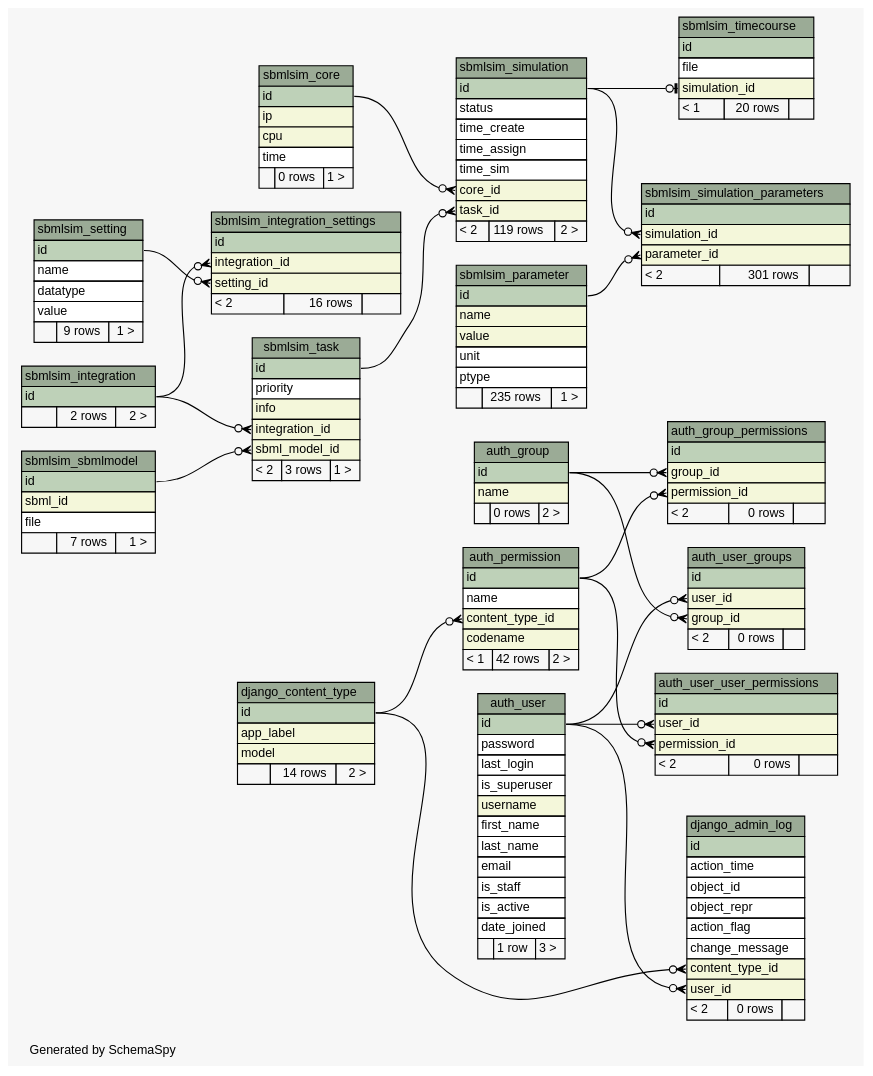
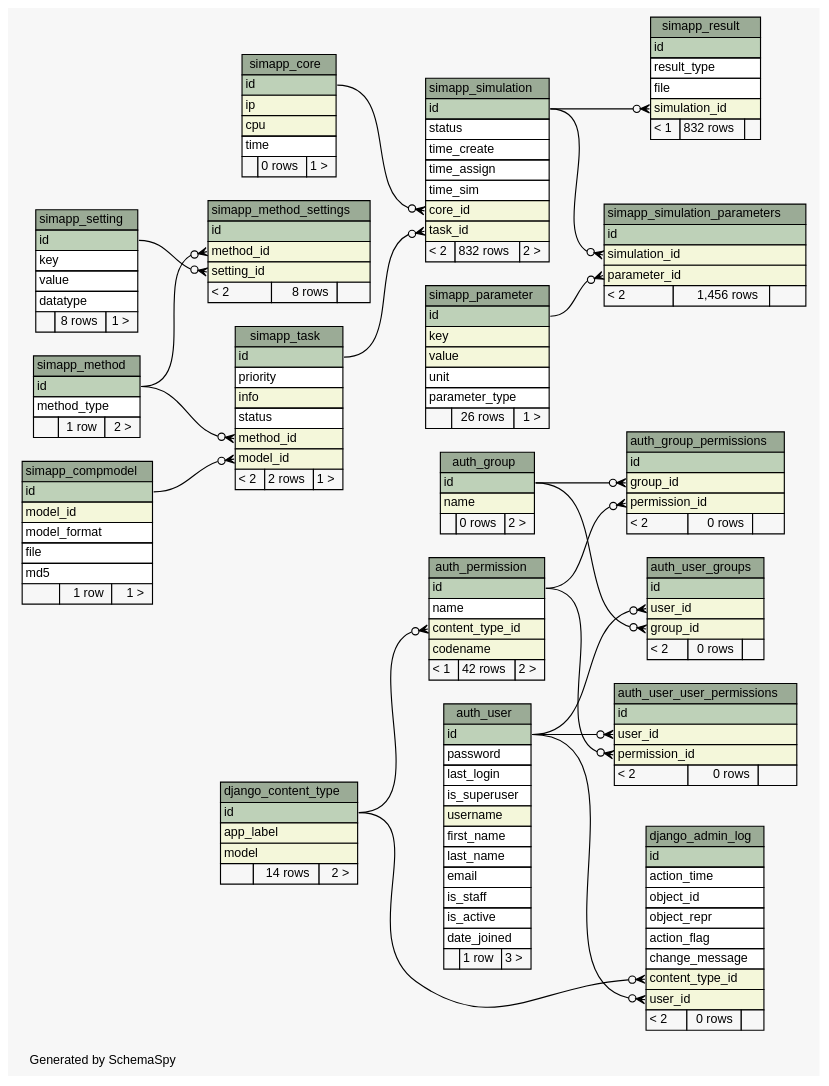
The diagram in database/schema/diagrams/summary/relationships.real.large.dot (jingyayeah/multiscale-galactose), drawn with Graphviz before and after one commit. The commit also changed 64 other files, not shown here.

Commit message:
Database schema updated

```diff
--- a/database/schema/diagrams/summary/relationships.real.large.dot
+++ b/database/schema/diagrams/summary/relationships.real.large.dot
@@ -128,84 +128,100 @@
     URL="tables/django_content_type.html"
     tooltip="django_content_type"
   ];
-  "sbmlsim_core" [
+  "simapp_compmodel" [
     label=<
     <TABLE BORDER="0" CELLBORDER="1" CELLSPACING="0" BGCOLOR="#ffffff">
-      <TR><TD COLSPAN="3" BGCOLOR="#9bab96" ALIGN="CENTER">sbmlsim_core</TD></TR>
+      <TR><TD COLSPAN="3" BGCOLOR="#9bab96" ALIGN="CENTER">simapp_compmodel</TD></TR>
+      <TR><TD PORT="id" COLSPAN="3" BGCOLOR="#bed1b8" ALIGN="LEFT">id</TD></TR>
+      <TR><TD PORT="model_id" COLSPAN="3" BGCOLOR="#f4f7da" ALIGN="LEFT">model_id</TD></TR>
+      <TR><TD PORT="model_format" COLSPAN="3" ALIGN="LEFT">model_format</TD></TR>
+      <TR><TD PORT="file" COLSPAN="3" ALIGN="LEFT">file</TD></TR>
+      <TR><TD PORT="md5" COLSPAN="3" ALIGN="LEFT">md5</TD></TR>
+      <TR><TD ALIGN="LEFT" BGCOLOR="#f7f7f7">  </TD><TD ALIGN="RIGHT" BGCOLOR="#f7f7f7">1 row</TD><TD ALIGN="RIGHT" BGCOLOR="#f7f7f7">1 &gt;</TD></TR>
+    </TABLE>>
+    URL="tables/simapp_compmodel.html"
+    tooltip="simapp_compmodel"
+  ];
+  "simapp_core" [
+    label=<
+    <TABLE BORDER="0" CELLBORDER="1" CELLSPACING="0" BGCOLOR="#ffffff">
+      <TR><TD COLSPAN="3" BGCOLOR="#9bab96" ALIGN="CENTER">simapp_core</TD></TR>
       <TR><TD PORT="id" COLSPAN="3" BGCOLOR="#bed1b8" ALIGN="LEFT">id</TD></TR>
       <TR><TD PORT="ip" COLSPAN="3" BGCOLOR="#f4f7da" ALIGN="LEFT">ip</TD></TR>
       <TR><TD PORT="cpu" COLSPAN="3" BGCOLOR="#f4f7da" ALIGN="LEFT">cpu</TD></TR>
       <TR><TD PORT="time" COLSPAN="3" ALIGN="LEFT">time</TD></TR>
       <TR><TD ALIGN="LEFT" BGCOLOR="#f7f7f7">  </TD><TD ALIGN="RIGHT" BGCOLOR="#f7f7f7">0 rows</TD><TD ALIGN="RIGHT" BGCOLOR="#f7f7f7">1 &gt;</TD></TR>
     </TABLE>>
-    URL="tables/sbmlsim_core.html"
-    tooltip="sbmlsim_core"
+    URL="tables/simapp_core.html"
+    tooltip="simapp_core"
   ];
-  "sbmlsim_integration" [
+  "simapp_method" [
     label=<
     <TABLE BORDER="0" CELLBORDER="1" CELLSPACING="0" BGCOLOR="#ffffff">
-      <TR><TD COLSPAN="3" BGCOLOR="#9bab96" ALIGN="CENTER">sbmlsim_integration</TD></TR>
+      <TR><TD COLSPAN="3" BGCOLOR="#9bab96" ALIGN="CENTER">simapp_method</TD></TR>
       <TR><TD PORT="id" COLSPAN="3" BGCOLOR="#bed1b8" ALIGN="LEFT">id</TD></TR>
-      <TR><TD ALIGN="LEFT" BGCOLOR="#f7f7f7">  </TD><TD ALIGN="RIGHT" BGCOLOR="#f7f7f7">2 rows</TD><TD ALIGN="RIGHT" BGCOLOR="#f7f7f7">2 &gt;</TD></TR>
+      <TR><TD PORT="method_type" COLSPAN="3" ALIGN="LEFT">method_type</TD></TR>
+      <TR><TD ALIGN="LEFT" BGCOLOR="#f7f7f7">  </TD><TD ALIGN="RIGHT" BGCOLOR="#f7f7f7">1 row</TD><TD ALIGN="RIGHT" BGCOLOR="#f7f7f7">2 &gt;</TD></TR>
     </TABLE>>
-    URL="tables/sbmlsim_integration.html"
-    tooltip="sbmlsim_integration"
+    URL="tables/simapp_method.html"
+    tooltip="simapp_method"
   ];
-  "sbmlsim_integration_settings" [
+  "simapp_method_settings" [
     label=<
     <TABLE BORDER="0" CELLBORDER="1" CELLSPACING="0" BGCOLOR="#ffffff">
-      <TR><TD COLSPAN="3" BGCOLOR="#9bab96" ALIGN="CENTER">sbmlsim_integration_settings</TD></TR>
+      <TR><TD COLSPAN="3" BGCOLOR="#9bab96" ALIGN="CENTER">simapp_method_settings</TD></TR>
       <TR><TD PORT="id" COLSPAN="3" BGCOLOR="#bed1b8" ALIGN="LEFT">id</TD></TR>
-      <TR><TD PORT="integration_id" COLSPAN="3" BGCOLOR="#f4f7da" ALIGN="LEFT">integration_id</TD></TR>
+      <TR><TD PORT="method_id" COLSPAN="3" BGCOLOR="#f4f7da" ALIGN="LEFT">method_id</TD></TR>
       <TR><TD PORT="setting_id" COLSPAN="3" BGCOLOR="#f4f7da" ALIGN="LEFT">setting_id</TD></TR>
-      <TR><TD ALIGN="LEFT" BGCOLOR="#f7f7f7">&lt; 2</TD><TD ALIGN="RIGHT" BGCOLOR="#f7f7f7">16 rows</TD><TD ALIGN="RIGHT" BGCOLOR="#f7f7f7">  </TD></TR>
+      <TR><TD ALIGN="LEFT" BGCOLOR="#f7f7f7">&lt; 2</TD><TD ALIGN="RIGHT" BGCOLOR="#f7f7f7">8 rows</TD><TD ALIGN="RIGHT" BGCOLOR="#f7f7f7">  </TD></TR>
     </TABLE>>
-    URL="tables/sbmlsim_integration_settings.html"
-    tooltip="sbmlsim_integration_settings"
+    URL="tables/simapp_method_settings.html"
+    tooltip="simapp_method_settings"
   ];
-  "sbmlsim_parameter" [
+  "simapp_parameter" [
     label=<
     <TABLE BORDER="0" CELLBORDER="1" CELLSPACING="0" BGCOLOR="#ffffff">
-      <TR><TD COLSPAN="3" BGCOLOR="#9bab96" ALIGN="CENTER">sbmlsim_parameter</TD></TR>
+      <TR><TD COLSPAN="3" BGCOLOR="#9bab96" ALIGN="CENTER">simapp_parameter</TD></TR>
       <TR><TD PORT="id" COLSPAN="3" BGCOLOR="#bed1b8" ALIGN="LEFT">id</TD></TR>
-      <TR><TD PORT="name" COLSPAN="3" BGCOLOR="#f4f7da" ALIGN="LEFT">name</TD></TR>
+      <TR><TD PORT="key" COLSPAN="3" BGCOLOR="#f4f7da" ALIGN="LEFT">key</TD></TR>
       <TR><TD PORT="value" COLSPAN="3" BGCOLOR="#f4f7da" ALIGN="LEFT">value</TD></TR>
       <TR><TD PORT="unit" COLSPAN="3" ALIGN="LEFT">unit</TD></TR>
-      <TR><TD PORT="ptype" COLSPAN="3" ALIGN="LEFT">ptype</TD></TR>
-      <TR><TD ALIGN="LEFT" BGCOLOR="#f7f7f7">  </TD><TD ALIGN="RIGHT" BGCOLOR="#f7f7f7">235 rows</TD><TD ALIGN="RIGHT" BGCOLOR="#f7f7f7">1 &gt;</TD></TR>
+      <TR><TD PORT="parameter_type" COLSPAN="3" ALIGN="LEFT">parameter_type</TD></TR>
+      <TR><TD ALIGN="LEFT" BGCOLOR="#f7f7f7">  </TD><TD ALIGN="RIGHT" BGCOLOR="#f7f7f7">26 rows</TD><TD ALIGN="RIGHT" BGCOLOR="#f7f7f7">1 &gt;</TD></TR>
     </TABLE>>
-    URL="tables/sbmlsim_parameter.html"
-    tooltip="sbmlsim_parameter"
+    URL="tables/simapp_parameter.html"
+    tooltip="simapp_parameter"
   ];
-  "sbmlsim_sbmlmodel" [
+  "simapp_result" [
     label=<
     <TABLE BORDER="0" CELLBORDER="1" CELLSPACING="0" BGCOLOR="#ffffff">
-      <TR><TD COLSPAN="3" BGCOLOR="#9bab96" ALIGN="CENTER">sbmlsim_sbmlmodel</TD></TR>
+      <TR><TD COLSPAN="3" BGCOLOR="#9bab96" ALIGN="CENTER">simapp_result</TD></TR>
       <TR><TD PORT="id" COLSPAN="3" BGCOLOR="#bed1b8" ALIGN="LEFT">id</TD></TR>
-      <TR><TD PORT="sbml_id" COLSPAN="3" BGCOLOR="#f4f7da" ALIGN="LEFT">sbml_id</TD></TR>
+      <TR><TD PORT="result_type" COLSPAN="3" ALIGN="LEFT">result_type</TD></TR>
       <TR><TD PORT="file" COLSPAN="3" ALIGN="LEFT">file</TD></TR>
-      <TR><TD ALIGN="LEFT" BGCOLOR="#f7f7f7">  </TD><TD ALIGN="RIGHT" BGCOLOR="#f7f7f7">7 rows</TD><TD ALIGN="RIGHT" BGCOLOR="#f7f7f7">1 &gt;</TD></TR>
+      <TR><TD PORT="simulation_id" COLSPAN="3" BGCOLOR="#f4f7da" ALIGN="LEFT">simulation_id</TD></TR>
+      <TR><TD ALIGN="LEFT" BGCOLOR="#f7f7f7">&lt; 1</TD><TD ALIGN="RIGHT" BGCOLOR="#f7f7f7">832 rows</TD><TD ALIGN="RIGHT" BGCOLOR="#f7f7f7">  </TD></TR>
     </TABLE>>
-    URL="tables/sbmlsim_sbmlmodel.html"
-    tooltip="sbmlsim_sbmlmodel"
+    URL="tables/simapp_result.html"
+    tooltip="simapp_result"
   ];
-  "sbmlsim_setting" [
+  "simapp_setting" [
     label=<
     <TABLE BORDER="0" CELLBORDER="1" CELLSPACING="0" BGCOLOR="#ffffff">
-      <TR><TD COLSPAN="3" BGCOLOR="#9bab96" ALIGN="CENTER">sbmlsim_setting</TD></TR>
+      <TR><TD COLSPAN="3" BGCOLOR="#9bab96" ALIGN="CENTER">simapp_setting</TD></TR>
       <TR><TD PORT="id" COLSPAN="3" BGCOLOR="#bed1b8" ALIGN="LEFT">id</TD></TR>
-      <TR><TD PORT="name" COLSPAN="3" ALIGN="LEFT">name</TD></TR>
+      <TR><TD PORT="key" COLSPAN="3" ALIGN="LEFT">key</TD></TR>
+      <TR><TD PORT="value" COLSPAN="3" ALIGN="LEFT">value</TD></TR>
       <TR><TD PORT="datatype" COLSPAN="3" ALIGN="LEFT">datatype</TD></TR>
-      <TR><TD PORT="value" COLSPAN="3" ALIGN="LEFT">value</TD></TR>
-      <TR><TD ALIGN="LEFT" BGCOLOR="#f7f7f7">  </TD><TD ALIGN="RIGHT" BGCOLOR="#f7f7f7">9 rows</TD><TD ALIGN="RIGHT" BGCOLOR="#f7f7f7">1 &gt;</TD></TR>
+      <TR><TD ALIGN="LEFT" BGCOLOR="#f7f7f7">  </TD><TD ALIGN="RIGHT" BGCOLOR="#f7f7f7">8 rows</TD><TD ALIGN="RIGHT" BGCOLOR="#f7f7f7">1 &gt;</TD></TR>
     </TABLE>>
-    URL="tables/sbmlsim_setting.html"
-    tooltip="sbmlsim_setting"
+    URL="tables/simapp_setting.html"
+    tooltip="simapp_setting"
   ];
-  "sbmlsim_simulation" [
+  "simapp_simulation" [
     label=<
     <TABLE BORDER="0" CELLBORDER="1" CELLSPACING="0" BGCOLOR="#ffffff">
-      <TR><TD COLSPAN="3" BGCOLOR="#9bab96" ALIGN="CENTER">sbmlsim_simulation</TD></TR>
+      <TR><TD COLSPAN="3" BGCOLOR="#9bab96" ALIGN="CENTER">simapp_simulation</TD></TR>
       <TR><TD PORT="id" COLSPAN="3" BGCOLOR="#bed1b8" ALIGN="LEFT">id</TD></TR>
       <TR><TD PORT="status" COLSPAN="3" ALIGN="LEFT">status</TD></TR>
       <TR><TD PORT="time_create" COLSPAN="3" ALIGN="LEFT">time_create</TD></TR>
@@ -213,48 +229,37 @@
       <TR><TD PORT="time_sim" COLSPAN="3" ALIGN="LEFT">time_sim</TD></TR>
       <TR><TD PORT="core_id" COLSPAN="3" BGCOLOR="#f4f7da" ALIGN="LEFT">core_id</TD></TR>
       <TR><TD PORT="task_id" COLSPAN="3" BGCOLOR="#f4f7da" ALIGN="LEFT">task_id</TD></TR>
-      <TR><TD ALIGN="LEFT" BGCOLOR="#f7f7f7">&lt; 2</TD><TD ALIGN="RIGHT" BGCOLOR="#f7f7f7">119 rows</TD><TD ALIGN="RIGHT" BGCOLOR="#f7f7f7">2 &gt;</TD></TR>
+      <TR><TD ALIGN="LEFT" BGCOLOR="#f7f7f7">&lt; 2</TD><TD ALIGN="RIGHT" BGCOLOR="#f7f7f7">832 rows</TD><TD ALIGN="RIGHT" BGCOLOR="#f7f7f7">2 &gt;</TD></TR>
     </TABLE>>
-    URL="tables/sbmlsim_simulation.html"
-    tooltip="sbmlsim_simulation"
+    URL="tables/simapp_simulation.html"
+    tooltip="simapp_simulation"
   ];
-  "sbmlsim_simulation_parameters" [
+  "simapp_simulation_parameters" [
     label=<
     <TABLE BORDER="0" CELLBORDER="1" CELLSPACING="0" BGCOLOR="#ffffff">
-      <TR><TD COLSPAN="3" BGCOLOR="#9bab96" ALIGN="CENTER">sbmlsim_simulation_parameters</TD></TR>
+      <TR><TD COLSPAN="3" BGCOLOR="#9bab96" ALIGN="CENTER">simapp_simulation_parameters</TD></TR>
       <TR><TD PORT="id" COLSPAN="3" BGCOLOR="#bed1b8" ALIGN="LEFT">id</TD></TR>
       <TR><TD PORT="simulation_id" COLSPAN="3" BGCOLOR="#f4f7da" ALIGN="LEFT">simulation_id</TD></TR>
       <TR><TD PORT="parameter_id" COLSPAN="3" BGCOLOR="#f4f7da" ALIGN="LEFT">parameter_id</TD></TR>
-      <TR><TD ALIGN="LEFT" BGCOLOR="#f7f7f7">&lt; 2</TD><TD ALIGN="RIGHT" BGCOLOR="#f7f7f7">301 rows</TD><TD ALIGN="RIGHT" BGCOLOR="#f7f7f7">  </TD></TR>
+      <TR><TD ALIGN="LEFT" BGCOLOR="#f7f7f7">&lt; 2</TD><TD ALIGN="RIGHT" BGCOLOR="#f7f7f7">1,456 rows</TD><TD ALIGN="RIGHT" BGCOLOR="#f7f7f7">  </TD></TR>
     </TABLE>>
-    URL="tables/sbmlsim_simulation_parameters.html"
-    tooltip="sbmlsim_simulation_parameters"
+    URL="tables/simapp_simulation_parameters.html"
+    tooltip="simapp_simulation_parameters"
   ];
-  "sbmlsim_task" [
+  "simapp_task" [
     label=<
     <TABLE BORDER="0" CELLBORDER="1" CELLSPACING="0" BGCOLOR="#ffffff">
-      <TR><TD COLSPAN="3" BGCOLOR="#9bab96" ALIGN="CENTER">sbmlsim_task</TD></TR>
+      <TR><TD COLSPAN="3" BGCOLOR="#9bab96" ALIGN="CENTER">simapp_task</TD></TR>
       <TR><TD PORT="id" COLSPAN="3" BGCOLOR="#bed1b8" ALIGN="LEFT">id</TD></TR>
       <TR><TD PORT="priority" COLSPAN="3" ALIGN="LEFT">priority</TD></TR>
       <TR><TD PORT="info" COLSPAN="3" BGCOLOR="#f4f7da" ALIGN="LEFT">info</TD></TR>
-      <TR><TD PORT="integration_id" COLSPAN="3" BGCOLOR="#f4f7da" ALIGN="LEFT">integration_id</TD></TR>
-      <TR><TD PORT="sbml_model_id" COLSPAN="3" BGCOLOR="#f4f7da" ALIGN="LEFT">sbml_model_id</TD></TR>
-      <TR><TD ALIGN="LEFT" BGCOLOR="#f7f7f7">&lt; 2</TD><TD ALIGN="RIGHT" BGCOLOR="#f7f7f7">3 rows</TD><TD ALIGN="RIGHT" BGCOLOR="#f7f7f7">1 &gt;</TD></TR>
+      <TR><TD PORT="status" COLSPAN="3" ALIGN="LEFT">status</TD></TR>
+      <TR><TD PORT="method_id" COLSPAN="3" BGCOLOR="#f4f7da" ALIGN="LEFT">method_id</TD></TR>
+      <TR><TD PORT="model_id" COLSPAN="3" BGCOLOR="#f4f7da" ALIGN="LEFT">model_id</TD></TR>
+      <TR><TD ALIGN="LEFT" BGCOLOR="#f7f7f7">&lt; 2</TD><TD ALIGN="RIGHT" BGCOLOR="#f7f7f7">2 rows</TD><TD ALIGN="RIGHT" BGCOLOR="#f7f7f7">1 &gt;</TD></TR>
     </TABLE>>
-    URL="tables/sbmlsim_task.html"
-    tooltip="sbmlsim_task"
-  ];
-  "sbmlsim_timecourse" [
-    label=<
-    <TABLE BORDER="0" CELLBORDER="1" CELLSPACING="0" BGCOLOR="#ffffff">
-      <TR><TD COLSPAN="3" BGCOLOR="#9bab96" ALIGN="CENTER">sbmlsim_timecourse</TD></TR>
-      <TR><TD PORT="id" COLSPAN="3" BGCOLOR="#bed1b8" ALIGN="LEFT">id</TD></TR>
-      <TR><TD PORT="file" COLSPAN="3" ALIGN="LEFT">file</TD></TR>
-      <TR><TD PORT="simulation_id" COLSPAN="3" BGCOLOR="#f4f7da" ALIGN="LEFT">simulation_id</TD></TR>
-      <TR><TD ALIGN="LEFT" BGCOLOR="#f7f7f7">&lt; 1</TD><TD ALIGN="RIGHT" BGCOLOR="#f7f7f7">20 rows</TD><TD ALIGN="RIGHT" BGCOLOR="#f7f7f7">  </TD></TR>
-    </TABLE>>
-    URL="tables/sbmlsim_timecourse.html"
-    tooltip="sbmlsim_timecourse"
+    URL="tables/simapp_task.html"
+    tooltip="simapp_task"
   ];
   "auth_group_permissions":"group_id":w -> "auth_group":"id":e [arrowhead=none dir=back arrowtail=crowodot];
   "auth_group_permissions":"permission_id":w -> "auth_permission":"id":e [arrowhead=none dir=back arrowtail=crowodot];
@@ -265,13 +270,13 @@
   "auth_user_user_permissions":"user_id":w -> "auth_user":"id":e [arrowhead=none dir=back arrowtail=crowodot];
   "django_admin_log":"content_type_id":w -> "django_content_type":"id":e [arrowhead=none dir=back arrowtail=crowodot];
   "django_admin_log":"user_id":w -> "auth_user":"id":e [arrowhead=none dir=back arrowtail=crowodot];
-  "sbmlsim_integration_settings":"integration_id":w -> "sbmlsim_integration":"id":e [arrowhead=none dir=back arrowtail=crowodot];
-  "sbmlsim_integration_settings":"setting_id":w -> "sbmlsim_setting":"id":e [arrowhead=none dir=back arrowtail=crowodot];
-  "sbmlsim_simulation":"core_id":w -> "sbmlsim_core":"id":e [arrowhead=none dir=back arrowtail=crowodot];
-  "sbmlsim_simulation":"task_id":w -> "sbmlsim_task":"id":e [arrowhead=none dir=back arrowtail=crowodot];
-  "sbmlsim_simulation_parameters":"parameter_id":w -> "sbmlsim_parameter":"id":e [arrowhead=none dir=back arrowtail=crowodot];
-  "sbmlsim_simulation_parameters":"simulation_id":w -> "sbmlsim_simulation":"id":e [arrowhead=none dir=back arrowtail=crowodot];
-  "sbmlsim_task":"integration_id":w -> "sbmlsim_integration":"id":e [arrowhead=none dir=back arrowtail=crowodot];
-  "sbmlsim_task":"sbml_model_id":w -> "sbmlsim_sbmlmodel":"id":e [arrowhead=none dir=back arrowtail=crowodot];
-  "sbmlsim_timecourse":"simulation_id":w -> "sbmlsim_simulation":"id":e [arrowhead=none dir=back arrowtail=teeodot];
+  "simapp_method_settings":"method_id":w -> "simapp_method":"id":e [arrowhead=none dir=back arrowtail=crowodot];
+  "simapp_method_settings":"setting_id":w -> "simapp_setting":"id":e [arrowhead=none dir=back arrowtail=crowodot];
+  "simapp_result":"simulation_id":w -> "simapp_simulation":"id":e [arrowhead=none dir=back arrowtail=crowodot];
+  "simapp_simulation":"core_id":w -> "simapp_core":"id":e [arrowhead=none dir=back arrowtail=crowodot];
+  "simapp_simulation":"task_id":w -> "simapp_task":"id":e [arrowhead=none dir=back arrowtail=crowodot];
+  "simapp_simulation_parameters":"parameter_id":w -> "simapp_parameter":"id":e [arrowhead=none dir=back arrowtail=crowodot];
+  "simapp_simulation_parameters":"simulation_id":w -> "simapp_simulation":"id":e [arrowhead=none dir=back arrowtail=crowodot];
+  "simapp_task":"method_id":w -> "simapp_method":"id":e [arrowhead=none dir=back arrowtail=crowodot];
+  "simapp_task":"model_id":w -> "simapp_compmodel":"id":e [arrowhead=none dir=back arrowtail=crowodot];
 }
```
